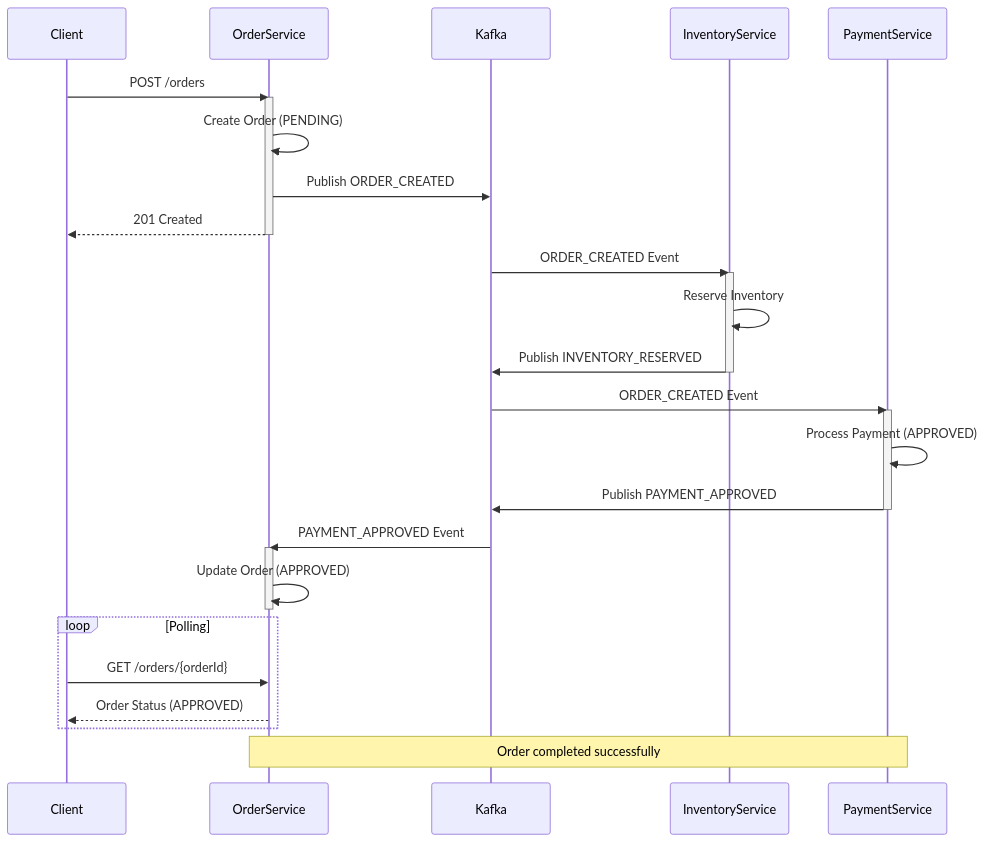
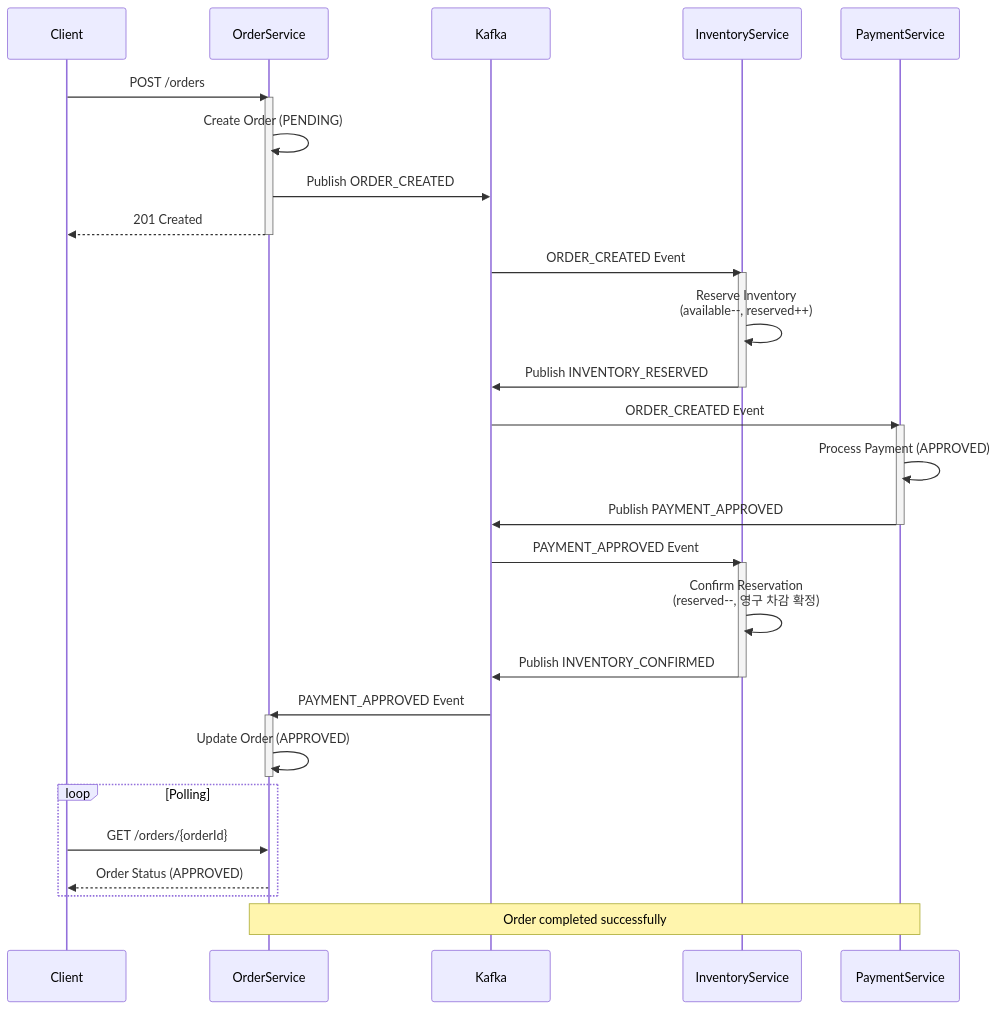
One commit to kimjunyoung90/saga-examples changed the second of 5 diagrams in choreography/README.md. Above: the diagram before and after it, drawn with Mermaid. The commit also changed other lines of this file and 10 other files, not shown here.

````diff
--- a/choreography/README.md
+++ b/choreography/README.md
@@ -53,39 +53,45 @@
 ```mermaid
 sequenceDiagram
     participant Client
     participant OrderService
     participant Kafka
     participant InventoryService
     participant PaymentService
 
     Client->>OrderService: POST /orders
     activate OrderService
     OrderService->>OrderService: Create Order (PENDING)
     OrderService->>Kafka: Publish ORDER_CREATED
     OrderService-->>Client: 201 Created
     deactivate OrderService
 
     Kafka->>InventoryService: ORDER_CREATED Event
     activate InventoryService
-    InventoryService->>InventoryService: Reserve Inventory
+    InventoryService->>InventoryService: Reserve Inventory<br/>(available--, reserved++)
     InventoryService->>Kafka: Publish INVENTORY_RESERVED
     deactivate InventoryService
 
     Kafka->>PaymentService: ORDER_CREATED Event
     activate PaymentService
     PaymentService->>PaymentService: Process Payment (APPROVED)
     PaymentService->>Kafka: Publish PAYMENT_APPROVED
     deactivate PaymentService
+
+    Kafka->>InventoryService: PAYMENT_APPROVED Event
+    activate InventoryService
+    InventoryService->>InventoryService: Confirm Reservation<br/>(reserved--, 영구 차감 확정)
+    InventoryService->>Kafka: Publish INVENTORY_CONFIRMED
+    deactivate InventoryService
 
     Kafka->>OrderService: PAYMENT_APPROVED Event
     activate OrderService
     OrderService->>OrderService: Update Order (APPROVED)
     deactivate OrderService
 
     loop Polling
         Client->>OrderService: GET /orders/{orderId}
         OrderService-->>Client: Order Status (APPROVED)
     end
 
     Note over OrderService,PaymentService: Order completed successfully
 ```
````
